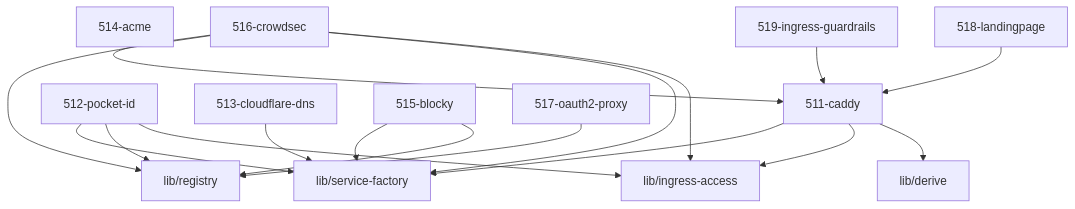
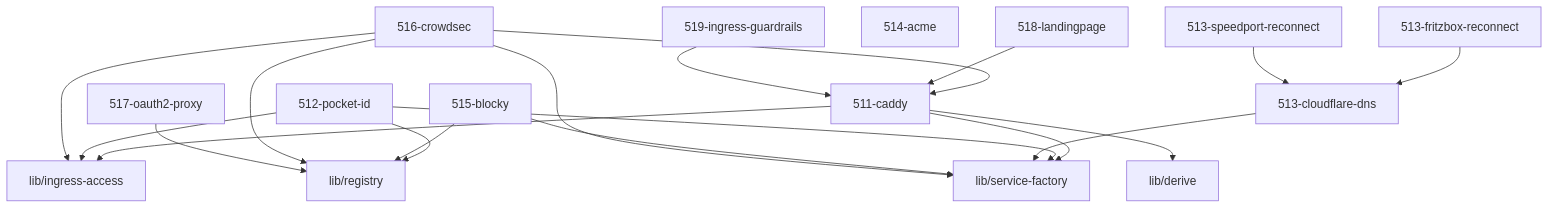
Before and after one commit to grapefruit89/mediNix-core: the diagram in 51-ingress/AGENTS.md, drawn with Mermaid. The commit also changed other lines of this file and 3 other files, not shown here.

Commit message:
refactor(ingress): relocate router reconnect to 513 companions and add fritzbox template

````diff
--- a/51-ingress/AGENTS.md
+++ b/51-ingress/AGENTS.md
@@ -165,20 +168,22 @@
 ```mermaid
 graph TD
   511_caddy["511-caddy"] --> derive["lib/derive"]
   511_caddy["511-caddy"] --> ingress_access["lib/ingress-access"]
   511_caddy["511-caddy"] --> service_factory["lib/service-factory"]
   512_pocket_id["512-pocket-id"] --> ingress_access["lib/ingress-access"]
   512_pocket_id["512-pocket-id"] --> registry["lib/registry"]
   512_pocket_id["512-pocket-id"] --> service_factory["lib/service-factory"]
   513_cloudflare_dns["513-cloudflare-dns"] --> service_factory["lib/service-factory"]
+  513_fritzbox_reconnect["513-fritzbox-reconnect"] --> 513_cloudflare_dns["513-cloudflare-dns"]
+  513_speedport_reconnect["513-speedport-reconnect"] --> 513_cloudflare_dns["513-cloudflare-dns"]
   514_acme["514-acme"]
   515_blocky["515-blocky"] --> registry["lib/registry"]
   515_blocky["515-blocky"] --> service_factory["lib/service-factory"]
   516_crowdsec["516-crowdsec"] --> ingress_access["lib/ingress-access"]
   516_crowdsec["516-crowdsec"] --> service_factory["lib/service-factory"]
   516_crowdsec["516-crowdsec"] --> registry["lib/registry"]
   516_crowdsec["516-crowdsec"] --> 511_caddy["51-ingress/511-caddy"]
   517_oauth2_proxy["517-oauth2-proxy"] --> registry["lib/registry"]
   518_landingpage["518-landingpage"] --> 511_caddy["511-caddy"]
   519_ingress_guardrails["519-ingress-guardrails"] --> 511_caddy["511-caddy"]
 ```
````
